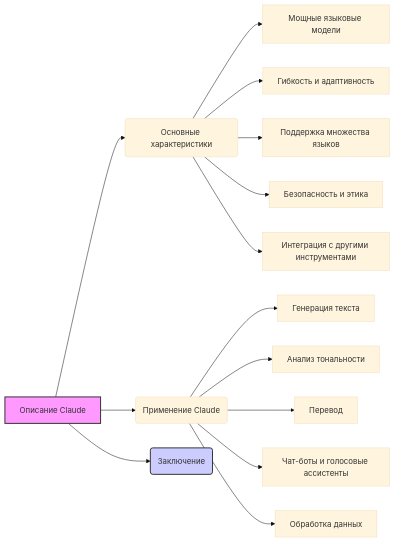
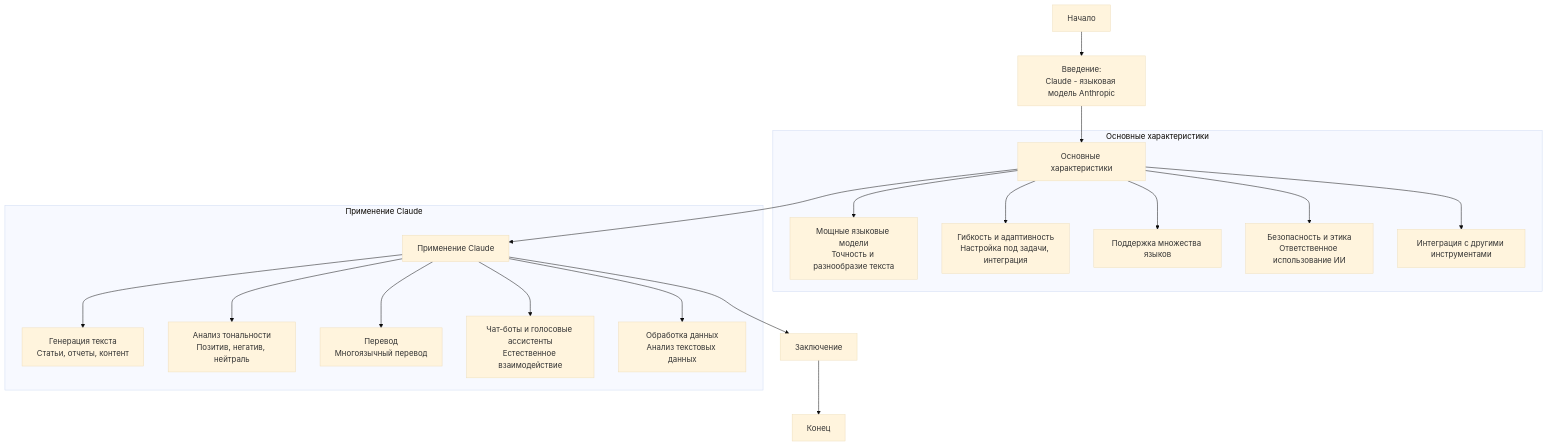
Before and after one commit to hypo69/hypo: the diagram in docs/gemini/ru/explainer/src/ai/anthropic/about.ru.md.md, drawn with Mermaid (base theme). The commit also changed other lines of this file and 3338 other files, not shown here.

````diff
--- a/docs/gemini/ru/explainer/src/ai/anthropic/about.ru.md.md
+++ b/docs/gemini/ru/explainer/src/ai/anthropic/about.ru.md.md
@@ -19,19 +32,24 @@
 ```mermaid
-graph LR
-    A[Описание Claude] --> B(Основные характеристики);
-    B --> C[Мощные языковые модели];
-    B --> D[Гибкость и адаптивность];
-    B --> E[Поддержка множества языков];
-    B --> F[Безопасность и этика];
-    B --> G[Интеграция с другими инструментами];
-    A --> H(Применение Claude);
-    H --> I[Генерация текста];
-    H --> J[Анализ тональности];
-    H --> K[Перевод];
-    H --> L[Чат-боты и голосовые ассистенты];
-    H --> M[Обработка данных];
-    A --> N(Заключение);
+flowchart TD
+    Start[Начало] --> Introduction[Введение:<br>Claude - языковая модель Anthropic]
+    Introduction --> Features[Основные характеристики]
+    Features --> Applications[Применение Claude]
+    Applications --> Conclusion[Заключение]
+    Conclusion --> End[Конец]
     
-    style A fill:#f9f,stroke:#333,stroke-width:2px
-    style N fill:#ccf,stroke:#333,stroke-width:2px
+    subgraph Основные характеристики
+    Features --> PowerfulModels[Мощные языковые модели<br>Точность и разнообразие текста]
+    Features --> Flexibility[Гибкость и адаптивность<br>Настройка под задачи, интеграция]
+    Features --> Multilingual[Поддержка множества языков]
+    Features --> Ethics[Безопасность и этика<br>Ответственное использование ИИ]
+    Features --> Integration[Интеграция с другими инструментами]
+    end
+
+    subgraph Применение Claude
+    Applications --> TextGeneration[Генерация текста<br>Статьи, отчеты, контент]
+    Applications --> SentimentAnalysis[Анализ тональности<br>Позитив, негатив, нейтраль]
+    Applications --> Translation[Перевод<br>Многоязычный перевод]
+    Applications --> Chatbots[Чат-боты и голосовые ассистенты<br>Естественное взаимодействие]
+    Applications --> DataProcessing[Обработка данных<br>Анализ текстовых данных]
+    end
 ```
````
